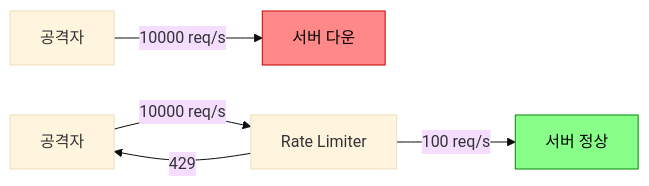
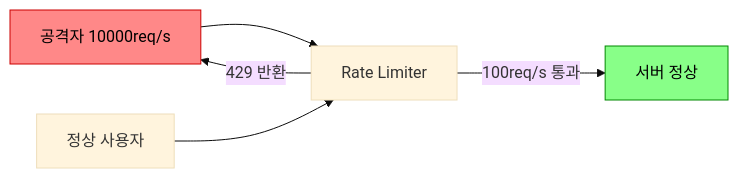
One commit to yjkim2015/yjkim2015.github.io changed the first of 10 diagrams in _posts/spring/2026-05-01-rate-limiting.md. Above: the diagram before and after it, drawn with Mermaid (base theme). The commit also changed other lines of this file and 4 other files, not shown here.

First line of the commit message:
Rate Limiter 2개 + 시스템 디자인 3개 WHY-driven 전면 재작성

````diff
--- a/_posts/spring/2026-05-01-rate-limiting.md
+++ b/_posts/spring/2026-05-01-rate-limiting.md
@@ -23,9 +19,9 @@
 ```mermaid
 graph LR
-    A1["공격자"] -->|10000 req/s| S1["서버 다운"]
-    A2["공격자"] -->|10000 req/s| RL["Rate Limiter"]
-    RL -->|100 req/s| S2["서버 정상"]
-    RL -->|429| A2
-    style S1 fill:#f88,stroke:#c00,color:#000
-    style S2 fill:#8f8,stroke:#080,color:#000
+    ATK["공격자 10000req/s"] --> RL["Rate Limiter"]
+    RL -->|"429 반환"| ATK
+    RL -->|"100req/s 통과"| SRV["서버 정상"]
+    USR["정상 사용자"] --> RL
+    style ATK fill:#f88,stroke:#c00,color:#000
+    style SRV fill:#8f8,stroke:#080,color:#000
 ```
````
